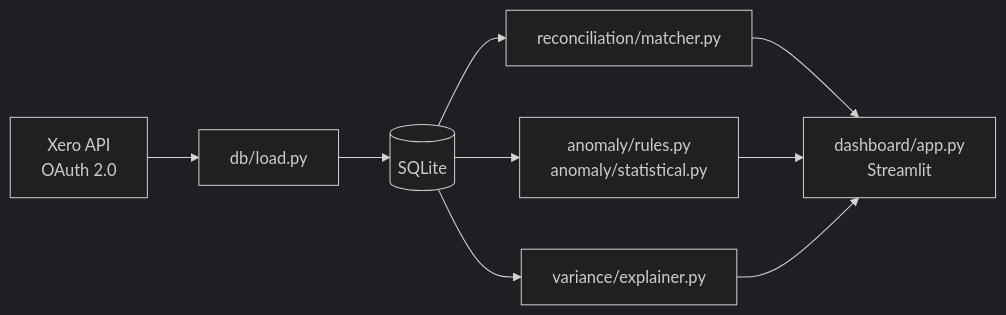
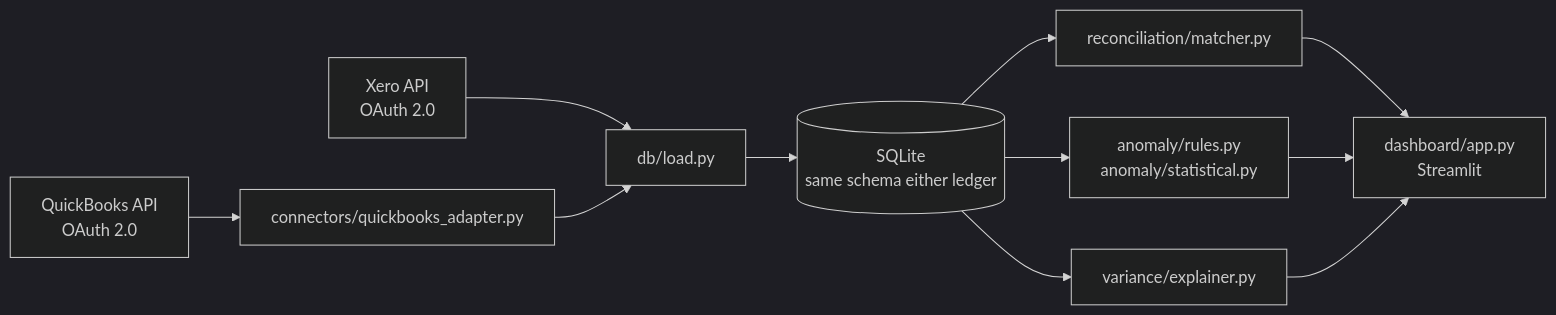
Before and after one commit to VAishwaryaSingh/Northbridge-Ledger-Agent: the diagram in README.md, drawn with Mermaid (dark theme). The commit also changed other lines of this file and 4 other files, not shown here.

First line of the commit message:
Add QuickBooks section to the dashboard alongside Xero

````diff
--- a/README.md
+++ b/README.md
@@ -17,11 +17,12 @@
 ```mermaid
 flowchart LR
     Xero[Xero API<br/>OAuth 2.0] --> Loader[db/load.py]
-    Loader --> SQLite[(SQLite)]
+    QBO[QuickBooks API<br/>OAuth 2.0] --> Adapter[connectors/quickbooks_adapter.py] --> Loader
+    Loader --> SQLite[(SQLite<br/>same schema either ledger)]
     SQLite --> Recon[reconciliation/matcher.py]
     SQLite --> Anomaly[anomaly/rules.py<br/>anomaly/statistical.py]
     SQLite --> Variance[variance/explainer.py]
     Recon --> Dashboard[dashboard/app.py<br/>Streamlit]
     Anomaly --> Dashboard
     Variance --> Dashboard
 ```
````
